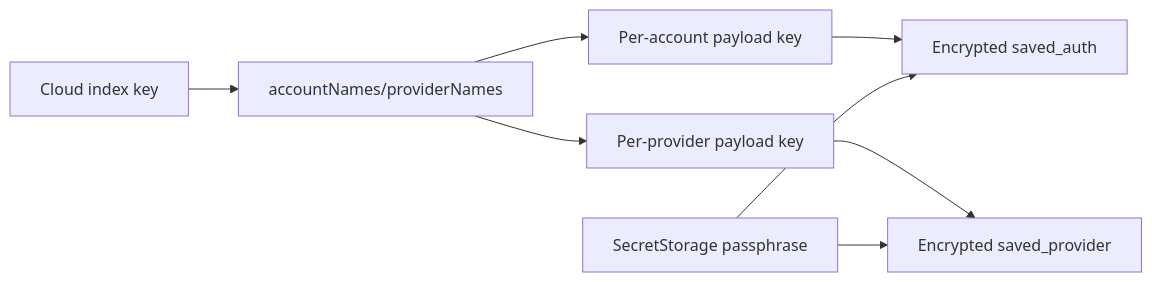
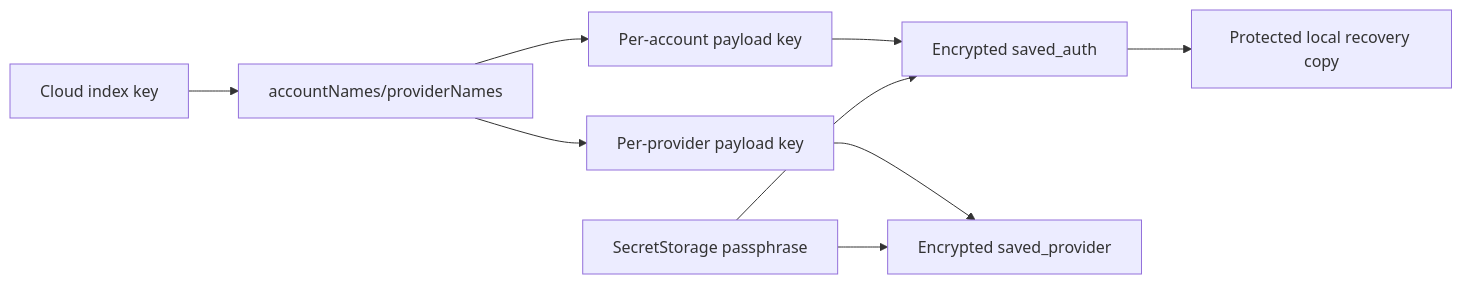
One commit to jqknono/codex-account-switch changed the first of 3 diagrams in docs/architectures/synced-cloud-state.md. Above: the diagram before and after it, drawn with Mermaid. The commit also changed other lines of this file and 9 other files, not shown here.

First line of the commit message:
feat(vscode): add local recovery backups for cloud accounts

````diff
--- a/docs/architectures/synced-cloud-state.md
+++ b/docs/architectures/synced-cloud-state.md
@@ -5,10 +5,11 @@
 ```mermaid
 flowchart LR
   A[Cloud index key] --> B[accountNames/providerNames]
   B --> C[Per-account payload key]
   B --> D[Per-provider payload key]
   C --> E[Encrypted saved_auth]
   D --> F[Encrypted saved_provider]
   G[SecretStorage passphrase] --> E
   G --> F
+  E --> H[Protected local recovery copy]
 ```
````
